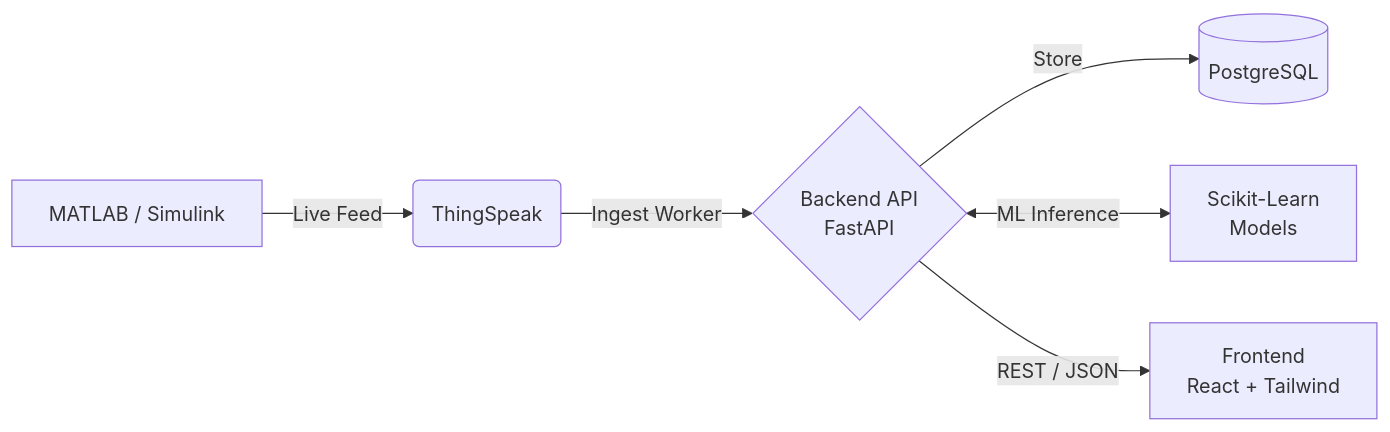
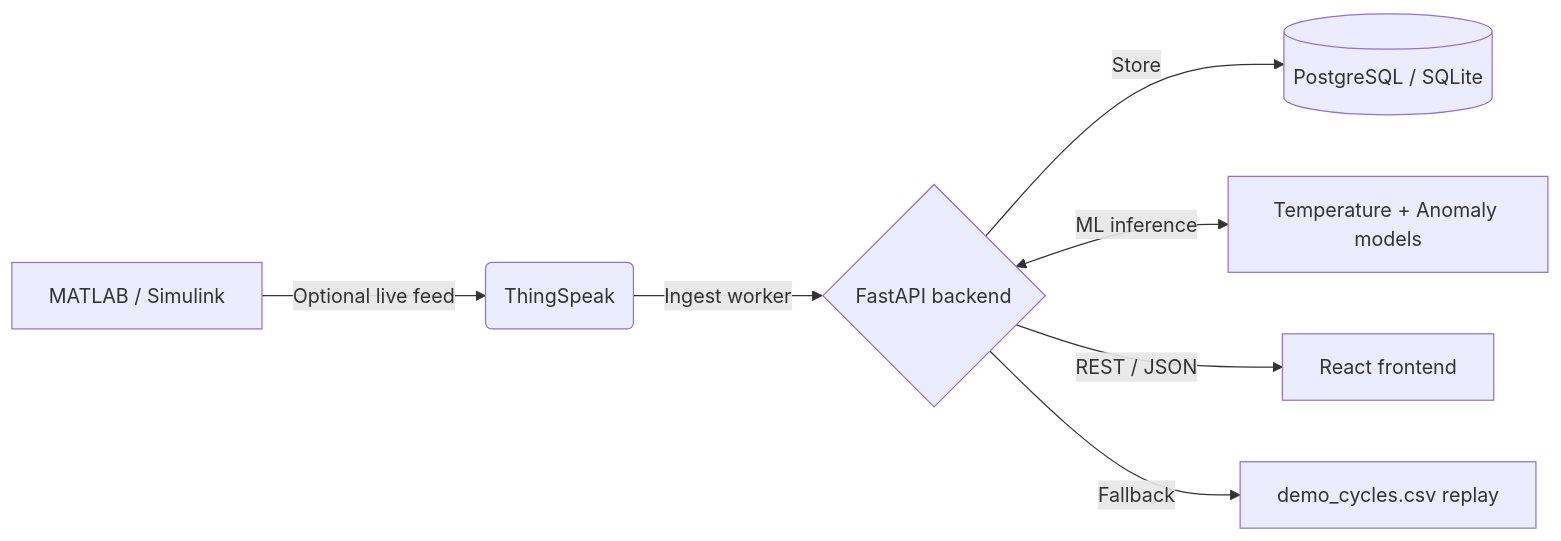
Before and after one commit to Ankit4112004/wpt_iot: the diagram in README.md, drawn with Mermaid. The commit also changed other lines of this file and 24 other files, not shown here.

````diff
--- a/README.md
+++ b/README.md
@@ -11,8 +7,9 @@
 ```mermaid
 flowchart LR
-    A[MATLAB / Simulink] -->|Live Feed| B(ThingSpeak)
-    B -->|Ingest Worker| C{Backend API<br/>FastAPI}
-    C -->|Store| D[(PostgreSQL)]
-    C <-->|ML Inference| E[Scikit-Learn<br/>Models]
-    C -->|REST / JSON| F[Frontend<br/>React + Tailwind]
+    A[MATLAB / Simulink] -->|Optional live feed| B(ThingSpeak)
+    B -->|Ingest worker| C{FastAPI backend}
+    C -->|Store| D[(PostgreSQL / SQLite)]
+    C <-->|ML inference| E[Temperature + Anomaly models]
+    C -->|REST / JSON| F[React frontend]
+    C -->|Fallback| G[demo_cycles.csv replay]
 ```
````
